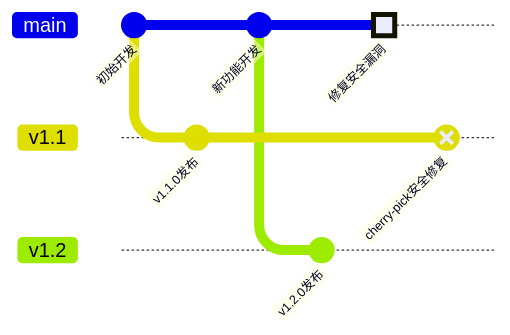
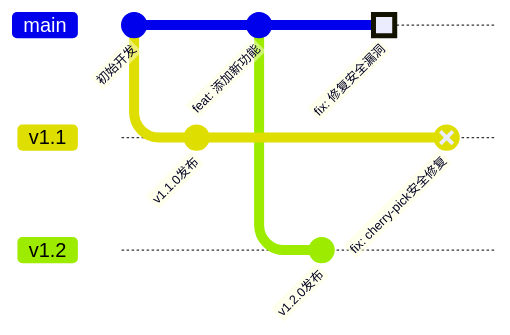
The third of 3 diagrams in docs/pipeline/branch-commit/README.md (weihongyu12/web), drawn with Mermaid before and after one commit. The commit also changed other lines of this file, not shown here.

````diff
--- a/docs/pipeline/branch-commit/README.md
+++ b/docs/pipeline/branch-commit/README.md
@@ -216,18 +216,18 @@
 ```mermaid
 gitGraph
     commit id: "初始开发"
     branch v1.1
     checkout v1.1
     commit id: "v1.1.0发布"
     checkout main
-    commit id: "新功能开发"
+    commit id: "feat: 添加新功能"
     branch v1.2
     checkout v1.2
     commit id: "v1.2.0发布"
     checkout main
-    commit id: "修复安全漏洞" type: HIGHLIGHT
+    commit id: "fix: 修复安全漏洞" type: HIGHLIGHT
     checkout v1.2
-    commit id: "cherry-pick安全修复" type: REVERSE
+    commit id: "fix: cherry-pick安全修复" type: REVERSE
     checkout v1.1
-    commit id: "cherry-pick安全修复" type: REVERSE
+    commit id: "fix: cherry-pick安全修复" type: REVERSE
 ```
````
